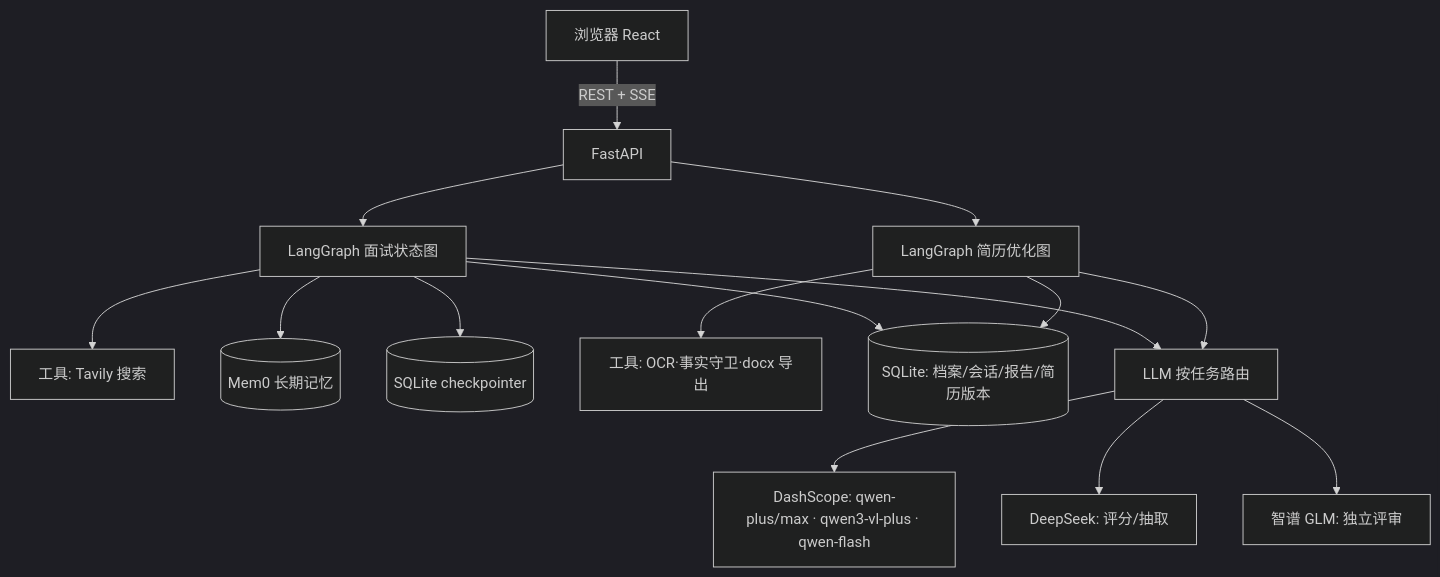
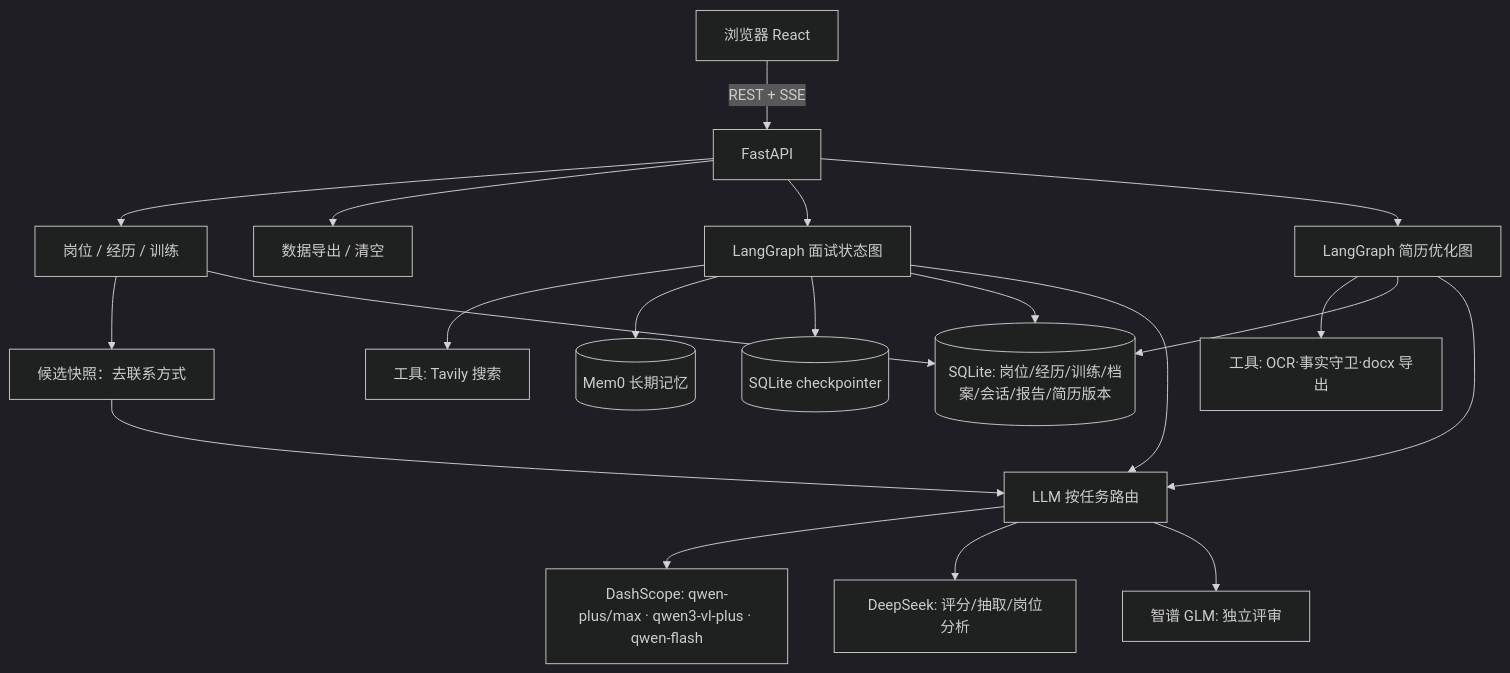
Before and after one commit to W-sp-git/job-companion: the diagram in README.md, drawn with Mermaid (dark theme). The commit also changed other lines of this file and 3 other files, not shown here.

````diff
--- a/README.md
+++ b/README.md
@@ -66,17 +84,22 @@
 ```mermaid
 flowchart TB
   U[浏览器 React] -- "REST + SSE" --> API[FastAPI]
+  API --> WS[岗位 / 经历 / 训练]
+  API --> PV[数据导出 / 清空]
   API --> IG[LangGraph 面试状态图]
   API --> RG[LangGraph 简历优化图]
+  WS --> RD[候选快照：去联系方式]
+  RD --> LLM[LLM 按任务路由]
   IG --> T1[工具: Tavily 搜索]
   IG --> M[(Mem0 长期记忆)]
   IG --> CKP[(SQLite checkpointer)]
   RG --> T2[工具: OCR·事实守卫·docx 导出]
-  IG --> DB[(SQLite: 档案/会话/报告/简历版本)]
+  WS --> DB[(SQLite: 岗位/经历/训练/档案/会话/报告/简历版本)]
+  IG --> DB
   RG --> DB
-  IG --> LLM[LLM 按任务路由]
+  IG --> LLM
   RG --> LLM
   LLM --> DS[DashScope: qwen-plus/max · qwen3-vl-plus · qwen-flash]
-  LLM --> DP[DeepSeek: 评分/抽取]
+  LLM --> DP[DeepSeek: 评分/抽取/岗位分析]
   LLM --> ZP[智谱 GLM: 独立评审]
 ```
````
